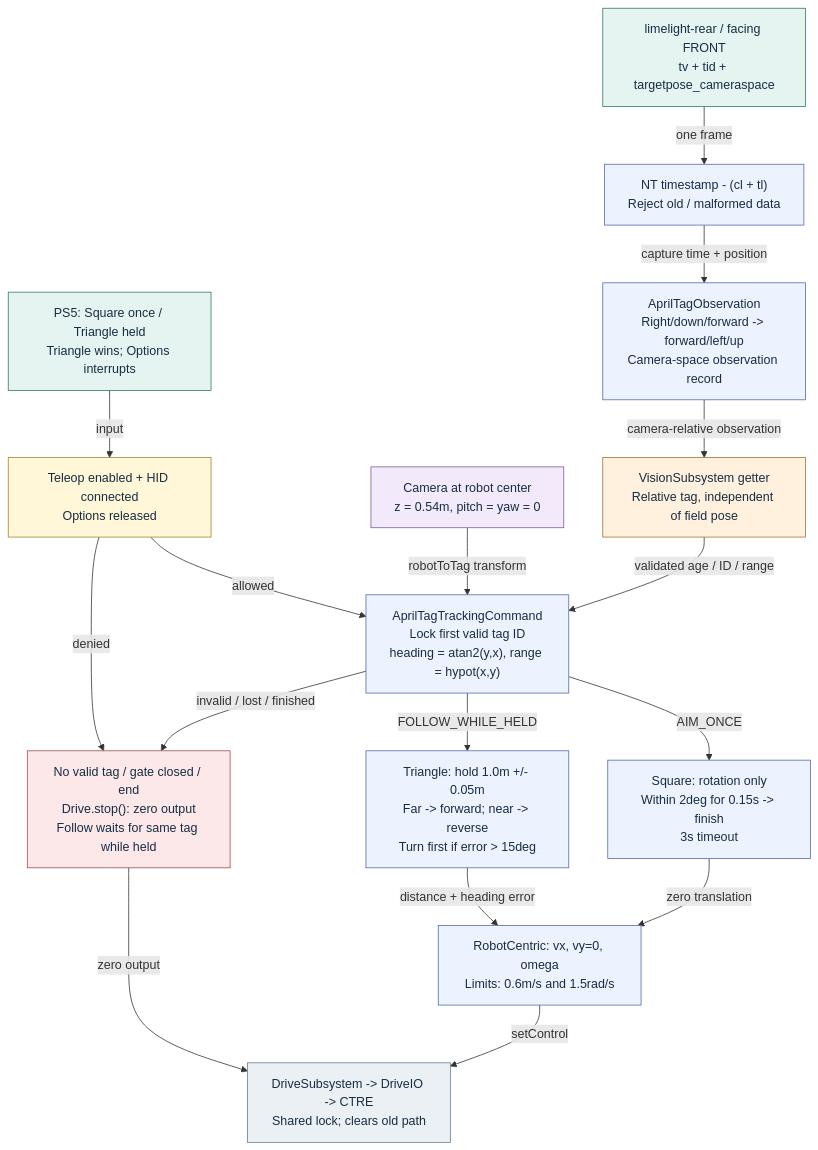
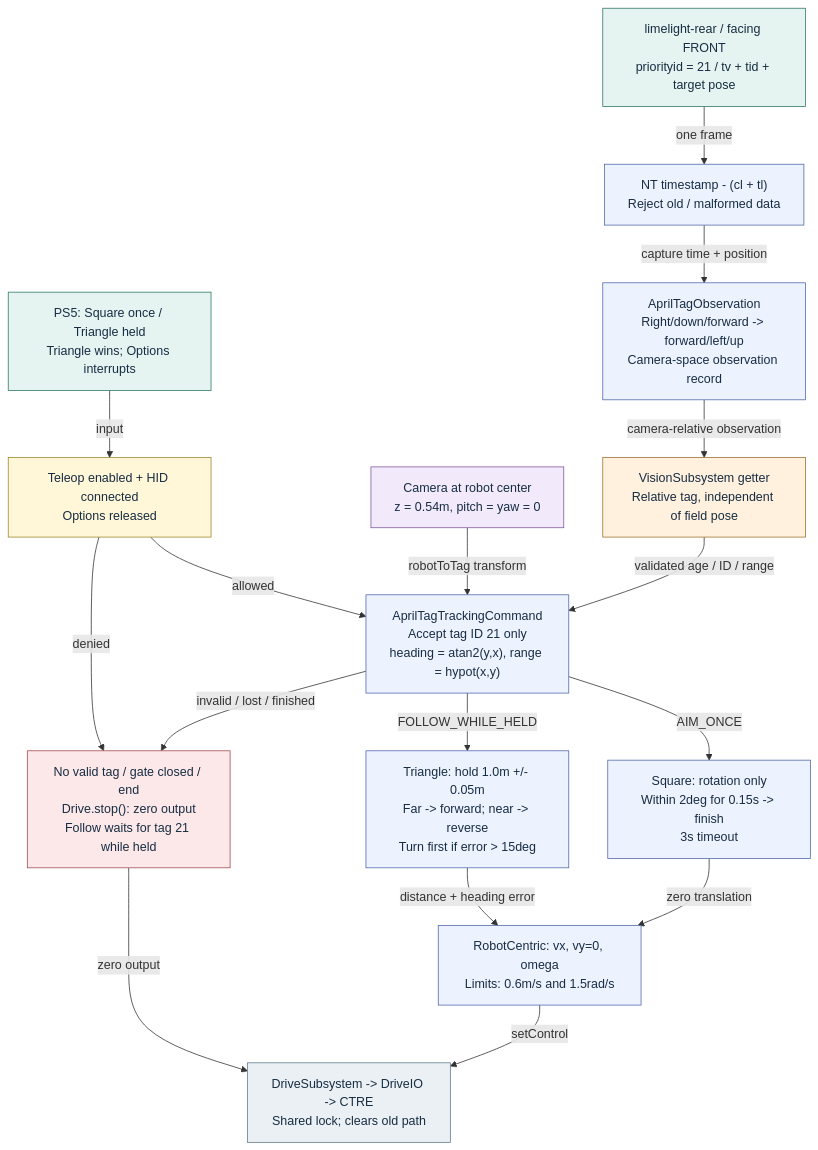
Before and after one commit to PepsiLee/FRC-2026-Systemcore-Public-main: the diagram in docs/drive-vision/diagrams/04-apriltag-tracking.mmd, drawn with Mermaid. The commit also changed 30 other files, not shown here.

First line of the commit message:
Add AprilTag tracking and movement

```diff
--- a/docs/drive-vision/diagrams/04-apriltag-tracking.mmd
+++ b/docs/drive-vision/diagrams/04-apriltag-tracking.mmd
@@ -1,37 +1,37 @@
 flowchart TB
     ps5["PS5: Square once / Triangle held<br/>Triangle wins; Options interrupts"]:::input
     gate["Teleop enabled + HID connected<br/>Options released"]:::decision
-    camera["limelight-rear / facing FRONT<br/>tv + tid + targetpose_cameraspace"]:::input
+    camera["limelight-rear / facing FRONT<br/>priorityid = 21 / tv + tid + target pose"]:::input
     time["NT timestamp - (cl + tl)<br/>Reject old / malformed data"]:::logic
     mount["Camera at robot center<br/>z = 0.54m, pitch = yaw = 0"]:::state
     geometry["AprilTagObservation<br/>Right/down/forward -> forward/left/up<br/>Camera-space observation record"]:::logic
     target["VisionSubsystem getter<br/>Relative tag, independent of field pose"]:::io
-    command["AprilTagTrackingCommand<br/>Lock first valid tag ID<br/>heading = atan2(y,x), range = hypot(x,y)"]:::logic
+    command["AprilTagTrackingCommand<br/>Accept tag ID 21 only<br/>heading = atan2(y,x), range = hypot(x,y)"]:::logic
     aim["Square: rotation only<br/>Within 2deg for 0.15s -> finish<br/>3s timeout"]:::logic
     follow["Triangle: hold 1.0m +/- 0.05m<br/>Far -> forward; near -> reverse<br/>Turn first if error > 15deg"]:::logic
     output["RobotCentric: vx, vy=0, omega<br/>Limits: 0.6m/s and 1.5rad/s"]:::logic
     drive["DriveSubsystem -> DriveIO -> CTRE<br/>Shared lock; clears old path"]:::sink
-    stop["No valid tag / gate closed / end<br/>Drive.stop(): zero output<br/>Follow waits for same tag while held"]:::stop
+    stop["No valid tag / gate closed / end<br/>Drive.stop(): zero output<br/>Follow waits for tag 21 while held"]:::stop
     ps5 -->|"input"| gate
     gate -->|"allowed"| command
     gate -->|"denied"| stop
     camera -->|"one frame"| time
     time -->|"capture time + position"| geometry
     mount -->|"robotToTag transform"| command
     geometry -->|"camera-relative observation"| target
     target -->|"validated age / ID / range"| command
     command -->|"AIM_ONCE"| aim
     command -->|"FOLLOW_WHILE_HELD"| follow
     aim -->|"zero translation"| output
     follow -->|"distance + heading error"| output
     output -->|"setControl"| drive
     command -->|"invalid / lost / finished"| stop
     stop -->|"zero output"| drive
     classDef host fill:#e6eef8,stroke:#43688f,color:#172d43
     classDef input fill:#e5f4f0,stroke:#2d7868,color:#172d43
     classDef logic fill:#edf2ff,stroke:#5269ad,color:#172d43
     classDef io fill:#fff1dd,stroke:#9c7032,color:#172d43
     classDef state fill:#f2eafb,stroke:#8057a2,color:#172d43
     classDef sink fill:#eaf0f4,stroke:#627c91,color:#172d43
     classDef stop fill:#fce8e8,stroke:#a34b50,color:#172d43
     classDef decision fill:#fff7d8,stroke:#9c852d,color:#172d43
```
